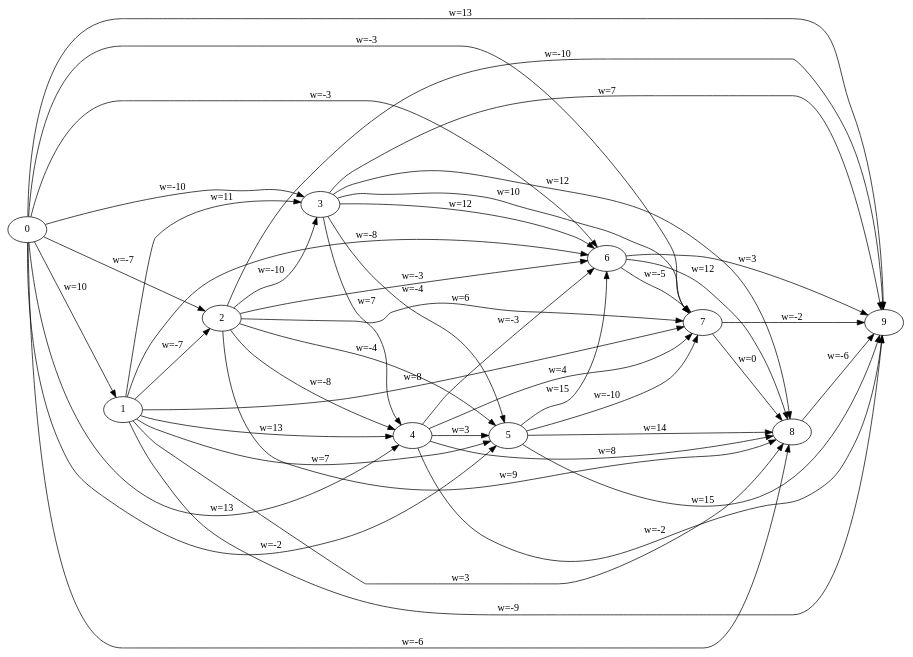
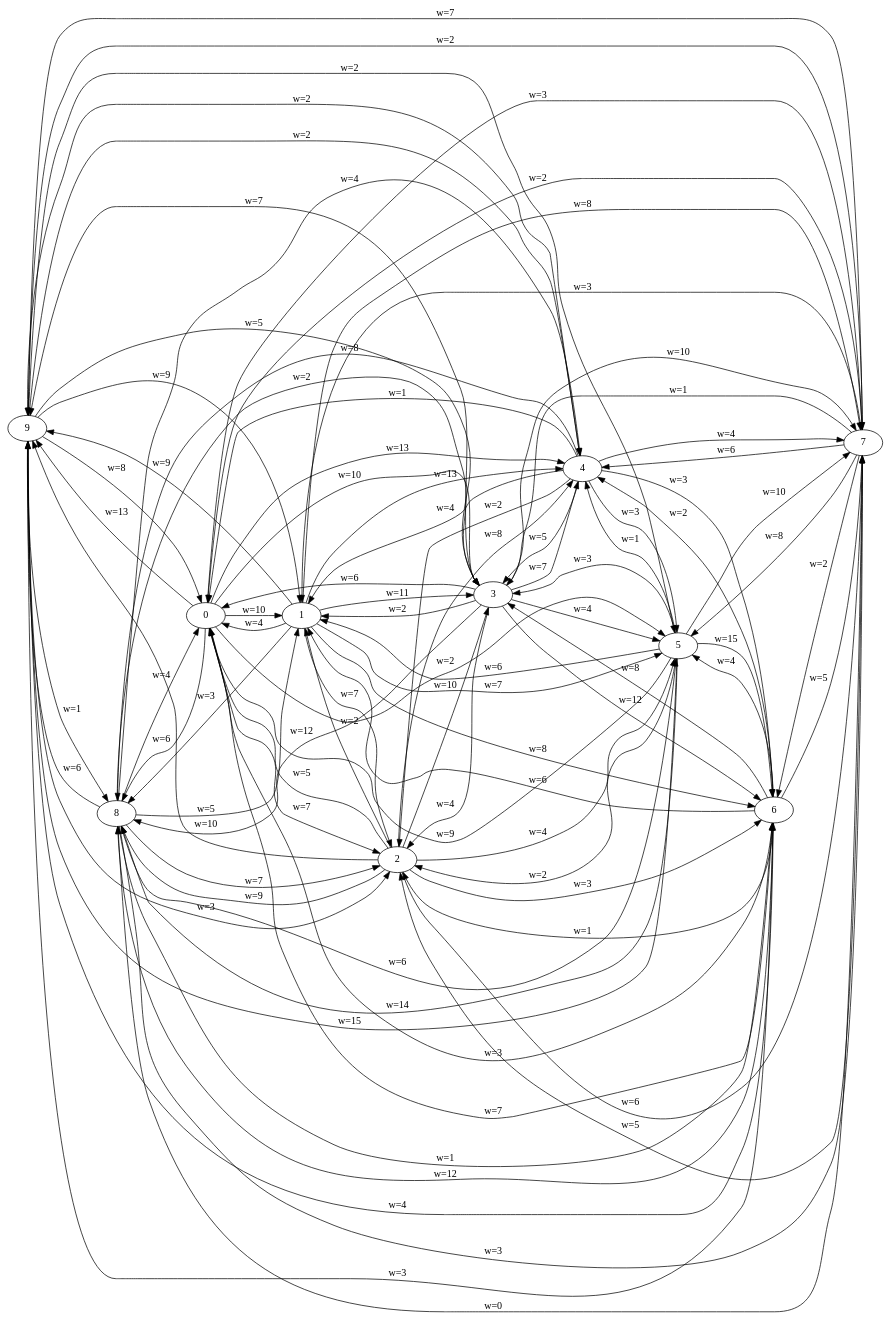
The diagram in graph.dot (rhuannascimento/fluxo-em-redes), drawn with Graphviz before and after one commit. The commit also changed 8 other files, not shown here.

```diff
--- a/graph.dot
+++ b/graph.dot
@@ -1,58 +1,103 @@
 digraph G {
   rankdir=LR;
   9 [label="9"];
   8 [label="8"];
   7 [label="7"];
   6 [label="6"];
   5 [label="5"];
   4 [label="4"];
   3 [label="3"];
   2 [label="2"];
   1 [label="1"];
   0 [label="0"];
-  8 -> 9 [label="w=-6"];
-  7 -> 9 [label="w=-2"];
+  9 -> 8 [label="w=1"];
+  9 -> 7 [label="w=7"];
+  9 -> 6 [label="w=4"];
+  9 -> 5 [label="w=2"];
+  9 -> 4 [label="w=2"];
+  9 -> 3 [label="w=5"];
+  9 -> 2 [label="w=3"];
+  9 -> 1 [label="w=9"];
+  9 -> 0 [label="w=8"];
+  8 -> 9 [label="w=6"];
+  8 -> 7 [label="w=3"];
+  8 -> 6 [label="w=1"];
+  8 -> 5 [label="w=6"];
+  8 -> 4 [label="w=4"];
+  8 -> 3 [label="w=2"];
+  8 -> 2 [label="w=7"];
+  8 -> 1 [label="w=5"];
+  8 -> 0 [label="w=4"];
+  7 -> 9 [label="w=2"];
   7 -> 8 [label="w=0"];
+  7 -> 6 [label="w=2"];
+  7 -> 5 [label="w=8"];
+  7 -> 4 [label="w=6"];
+  7 -> 3 [label="w=1"];
+  7 -> 2 [label="w=5"];
+  7 -> 1 [label="w=3"];
+  7 -> 0 [label="w=2"];
   6 -> 9 [label="w=3"];
   6 -> 8 [label="w=12"];
-  6 -> 7 [label="w=-5"];
+  6 -> 7 [label="w=5"];
+  6 -> 5 [label="w=4"];
+  6 -> 4 [label="w=2"];
+  6 -> 3 [label="w=8"];
+  6 -> 2 [label="w=1"];
+  6 -> 1 [label="w=6"];
+  6 -> 0 [label="w=7"];
   5 -> 9 [label="w=15"];
   5 -> 8 [label="w=14"];
-  5 -> 7 [label="w=-10"];
+  5 -> 7 [label="w=10"];
   5 -> 6 [label="w=15"];
-  4 -> 9 [label="w=-2"];
+  5 -> 4 [label="w=1"];
+  5 -> 3 [label="w=3"];
+  5 -> 2 [label="w=2"];
+  5 -> 1 [label="w=6"];
+  5 -> 0 [label="w=9"];
+  4 -> 9 [label="w=2"];
   4 -> 8 [label="w=8"];
   4 -> 7 [label="w=4"];
-  4 -> 6 [label="w=-3"];
+  4 -> 6 [label="w=3"];
   4 -> 5 [label="w=3"];
+  4 -> 3 [label="w=5"];
+  4 -> 2 [label="w=2"];
+  4 -> 1 [label="w=4"];
+  4 -> 0 [label="w=1"];
   3 -> 9 [label="w=7"];
   3 -> 8 [label="w=12"];
   3 -> 7 [label="w=10"];
   3 -> 6 [label="w=12"];
-  3 -> 5 [label="w=-4"];
+  3 -> 5 [label="w=4"];
   3 -> 4 [label="w=7"];
-  2 -> 9 [label="w=-10"];
+  3 -> 2 [label="w=4"];
+  3 -> 1 [label="w=2"];
+  3 -> 0 [label="w=6"];
+  2 -> 9 [label="w=10"];
   2 -> 8 [label="w=9"];
   2 -> 7 [label="w=6"];
-  2 -> 6 [label="w=-3"];
-  2 -> 5 [label="w=-4"];
-  2 -> 4 [label="w=-8"];
-  2 -> 3 [label="w=-10"];
-  1 -> 9 [label="w=-9"];
+  2 -> 6 [label="w=3"];
+  2 -> 5 [label="w=4"];
+  2 -> 4 [label="w=8"];
+  2 -> 3 [label="w=10"];
+  2 -> 1 [label="w=2"];
+  2 -> 0 [label="w=5"];
+  1 -> 9 [label="w=9"];
   1 -> 8 [label="w=3"];
   1 -> 7 [label="w=8"];
-  1 -> 6 [label="w=-8"];
+  1 -> 6 [label="w=8"];
   1 -> 5 [label="w=7"];
   1 -> 4 [label="w=13"];
   1 -> 3 [label="w=11"];
-  1 -> 2 [label="w=-7"];
+  1 -> 2 [label="w=7"];
+  1 -> 0 [label="w=4"];
   0 -> 9 [label="w=13"];
-  0 -> 8 [label="w=-6"];
-  0 -> 7 [label="w=-3"];
-  0 -> 6 [label="w=-3"];
-  0 -> 5 [label="w=-2"];
+  0 -> 8 [label="w=6"];
+  0 -> 7 [label="w=3"];
+  0 -> 6 [label="w=3"];
+  0 -> 5 [label="w=2"];
   0 -> 4 [label="w=13"];
-  0 -> 3 [label="w=-10"];
-  0 -> 2 [label="w=-7"];
+  0 -> 3 [label="w=10"];
+  0 -> 2 [label="w=7"];
   0 -> 1 [label="w=10"];
 }
```
